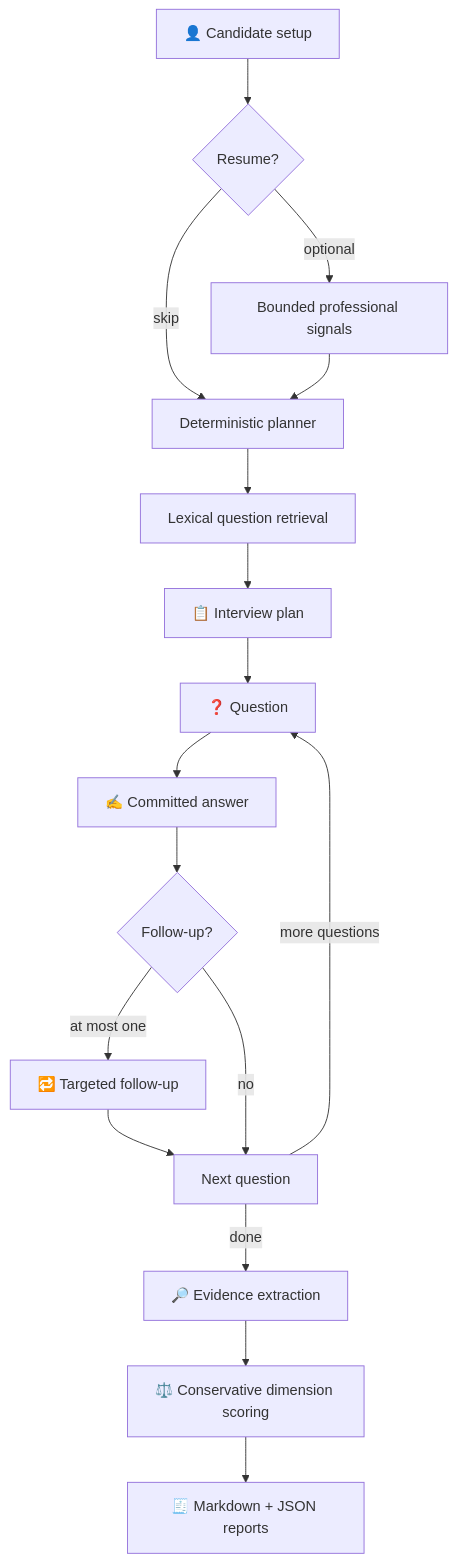
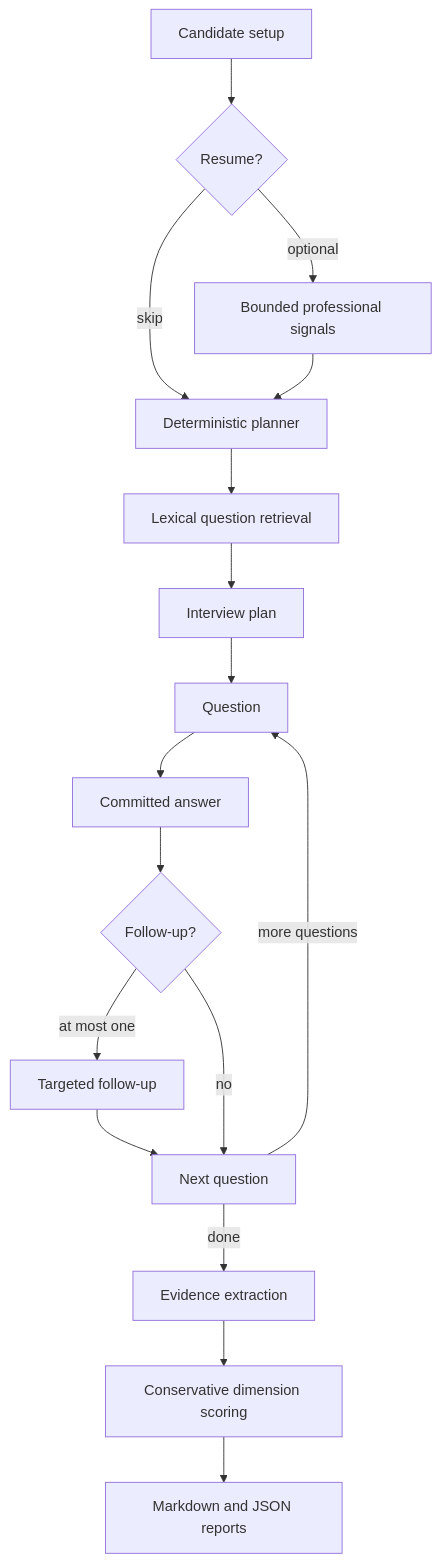
The diagram in README.md (kaurai/ai-interviewer), drawn with Mermaid before and after one commit.

````diff
--- a/README.md
+++ b/README.md
@@ -165,18 +165,19 @@
 ```mermaid
 flowchart TD
-    A[👤 Candidate setup] --> B{Resume?}
-    B -- optional --> C[Bounded professional signals]
-    B -- skip --> D
-    C --> D[Deterministic planner]
-    D --> E[Lexical question retrieval]
-    E --> F[📋 Interview plan]
-    F --> G[❓ Question]
-    G --> H[✍️ Committed answer]
-    H --> I{Follow-up?}
-    I -- at most one --> G2[🔁 Targeted follow-up] --> J
-    I -- no --> J[Next question]
+    A["Candidate setup"] --> B{"Resume?"}
+    B -->|optional| C["Bounded professional signals"]
+    B -->|skip| D["Deterministic planner"]
+    C --> D
+    D --> E["Lexical question retrieval"]
+    E --> F["Interview plan"]
+    F --> G["Question"]
+    G --> H["Committed answer"]
+    H --> I{"Follow-up?"}
+    I -->|at most one| G2["Targeted follow-up"]
+    G2 --> J["Next question"]
+    I -->|no| J
     J -->|more questions| G
-    J -->|done| K[🔎 Evidence extraction]
-    K --> L[⚖️ Conservative dimension scoring]
-    L --> M[🧾 Markdown + JSON reports]
+    J -->|done| K["Evidence extraction"]
+    K --> L["Conservative dimension scoring"]
+    L --> M["Markdown and JSON reports"]
 ```
````
